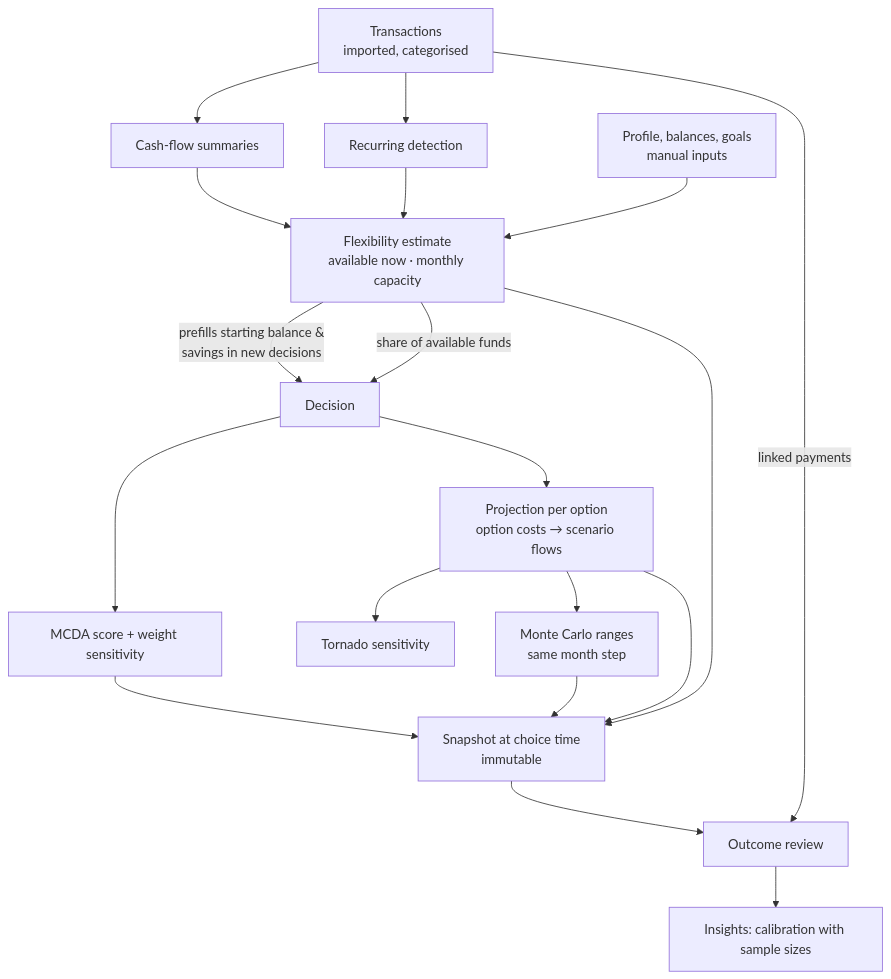
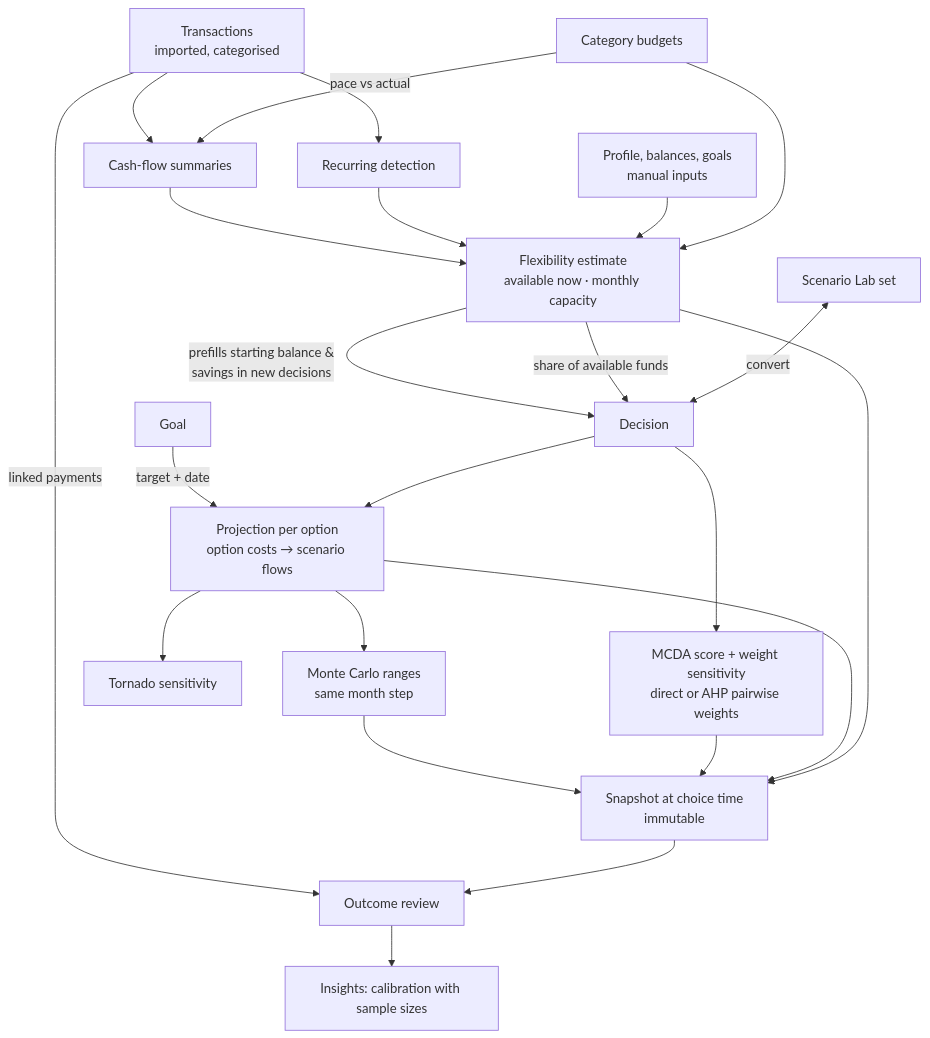
Before and after one commit to geosaurus98/DecisionLab: the second of 2 diagrams in docs/ARCHITECTURE.md, drawn with Mermaid. The commit also changed other lines of this file and 16 other files, not shown here.

````diff
--- a/docs/ARCHITECTURE.md
+++ b/docs/ARCHITECTURE.md
@@ -40,21 +40,25 @@
 ```mermaid
 flowchart TD
   T[Transactions<br/>imported, categorised] --> CF[Cash-flow summaries]
   T --> RC[Recurring detection]
   CF --> FX[Flexibility estimate<br/>available now · monthly capacity]
   RC --> FX
   P[Profile, balances, goals<br/>manual inputs] --> FX
+  B[Category budgets] --> FX
+  B -->|pace vs actual| CF
   FX -->|prefills starting balance &<br/>savings in new decisions| D[Decision]
   FX -->|share of available funds| D
-  D --> S[MCDA score + weight sensitivity]
+  D --> S[MCDA score + weight sensitivity<br/>direct or AHP pairwise weights]
+  SL[Scenario Lab set] <-->|convert| D
+  G[Goal] -->|target + date| PR
   D --> PR[Projection per option<br/>option costs → scenario flows]
   PR --> TS[Tornado sensitivity]
   PR --> MC[Monte Carlo ranges<br/>same month step]
   MC --> SN
   S --> SN[Snapshot at choice time<br/>immutable]
   PR --> SN
   FX --> SN
   T -->|linked payments| RV
   SN --> RV[Outcome review]
   RV --> IN[Insights: calibration with sample sizes]
 ```
````
